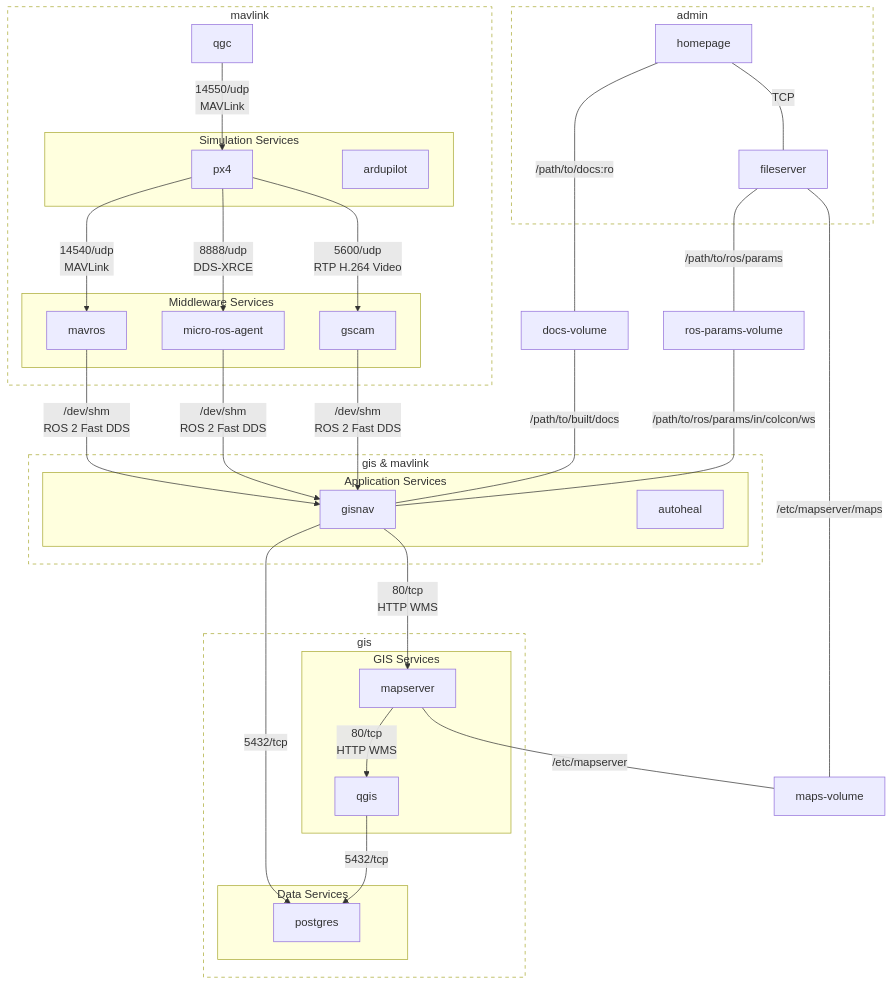
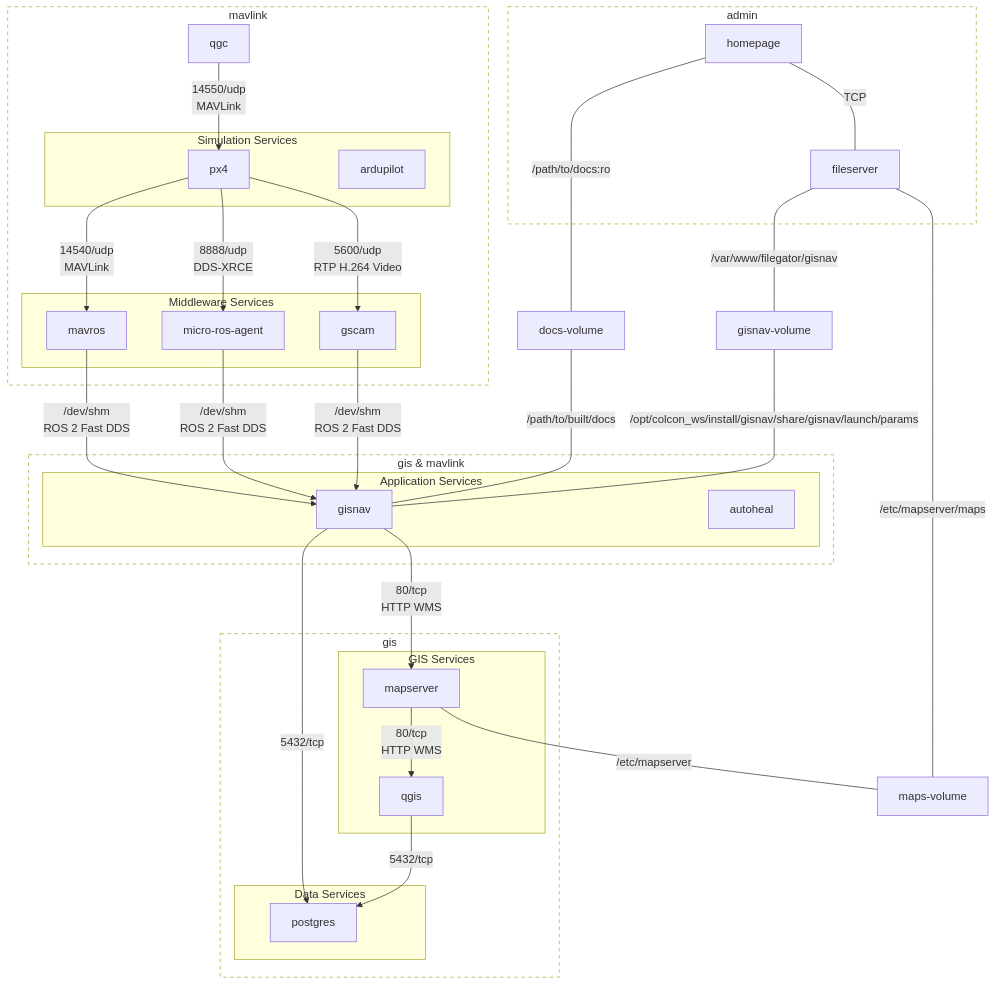
Before and after one commit to hmakelin/gisnav: the diagram in docs/pages/developer_guide/offboard/docker_compose.rst, drawn with Mermaid. The commit also changed 4 other files, not shown here.

Commit message:
Expose gisnav ROS launch param files to file manager for easier configuration

```diff
--- a/docs/pages/developer_guide/offboard/docker_compose.rst
+++ b/docs/pages/developer_guide/offboard/docker_compose.rst
@@ -46,64 +46,64 @@
 .. mermaid::
 
     graph TD
         subgraph mavlink ["mavlink"]
             mavlink_qgc[qgc]
             subgraph simulation ["Simulation Services"]
                 simulation_px4[px4]
                 simulation_ardupilot[ardupilot]
             end
             subgraph middleware ["Middleware Services"]
                 middleware_mavros[mavros]
                 middleware_micro_ros_agent[micro-ros-agent]
                 middleware_gscam[gscam]
             end
         end
 
         subgraph gis_mavlink ["gis & mavlink"]
             subgraph application ["Application Services"]
                 application_gisnav[gisnav]
                 application_autoheal[autoheal]
             end
         end
         subgraph gis ["gis"]
             subgraph gis_services ["GIS Services"]
                 gis_mapserver[mapserver]
                 gis_qgis[qgis]
             end
             subgraph data_services ["Data Services"]
                 gis_postgres[postgres]
             end
         end
 
         subgraph admin ["admin"]
             homepage[homepage]
             fileserver[fileserver]
         end
 
         application_docs_volume[docs-volume]
-        application_ros_params_volume[ros-params-volume]
+        application_gisnav_volume[gisnav-volume]
         gis_maps_volume[maps-volume]
 
         mavlink_qgc -->|14550/udp\nMAVLink| simulation_px4
         simulation_px4 -->|14540/udp\nMAVLink| middleware_mavros
         simulation_px4 -->|8888/udp\nDDS-XRCE | middleware_micro_ros_agent
         simulation_px4 -->|5600/udp\nRTP H.264 Video| middleware_gscam
         middleware_mavros -->|/dev/shm\nROS 2 Fast DDS| application_gisnav
         middleware_micro_ros_agent -->|/dev/shm\nROS 2 Fast DDS| application_gisnav
         middleware_gscam -->|/dev/shm\nROS 2 Fast DDS| application_gisnav
         application_gisnav -->|5432/tcp| gis_postgres
 
         application_gisnav -->|80/tcp\nHTTP WMS| gis_mapserver
         gis_mapserver -->|80/tcp\nHTTP WMS| gis_qgis
         gis_qgis -->|5432/tcp| gis_postgres
         gis_mapserver ---|/etc/mapserver| gis_maps_volume
         fileserver ---|/etc/mapserver/maps| gis_maps_volume
-        fileserver ---|/path/to/ros/params| application_ros_params_volume
+        fileserver ---|/var/www/filegator/gisnav| application_gisnav_volume
         application_docs_volume ---|/path/to/built/docs| application_gisnav
-        application_ros_params_volume ---|/path/to/ros/params/in/colcon/ws| application_gisnav
+        application_gisnav_volume ---|/opt/colcon_ws/install/gisnav/share/gisnav/launch/params| application_gisnav
         homepage ---|/path/to/docs:ro| application_docs_volume
 
         homepage ---|TCP| fileserver
 
         classDef network fill:transparent,stroke-dasharray:5 5;
         class mavlink,gis,gis_mavlink,admin,admin_gis network
```
